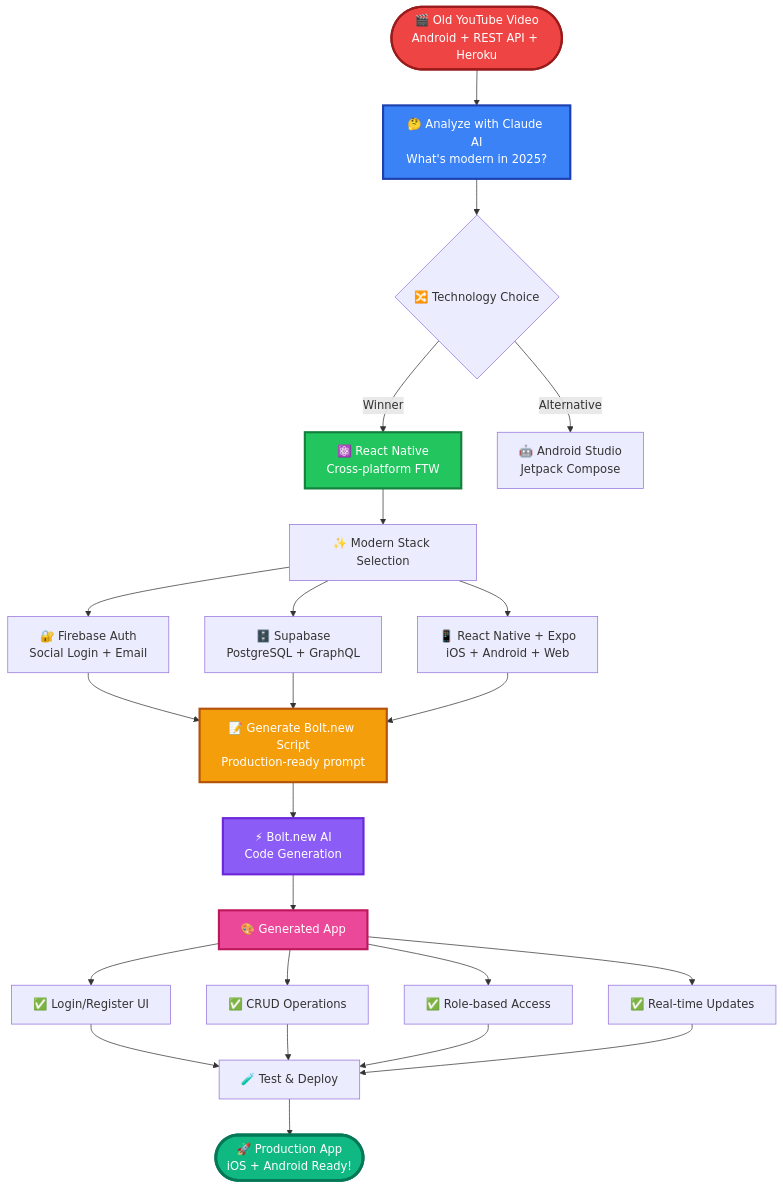
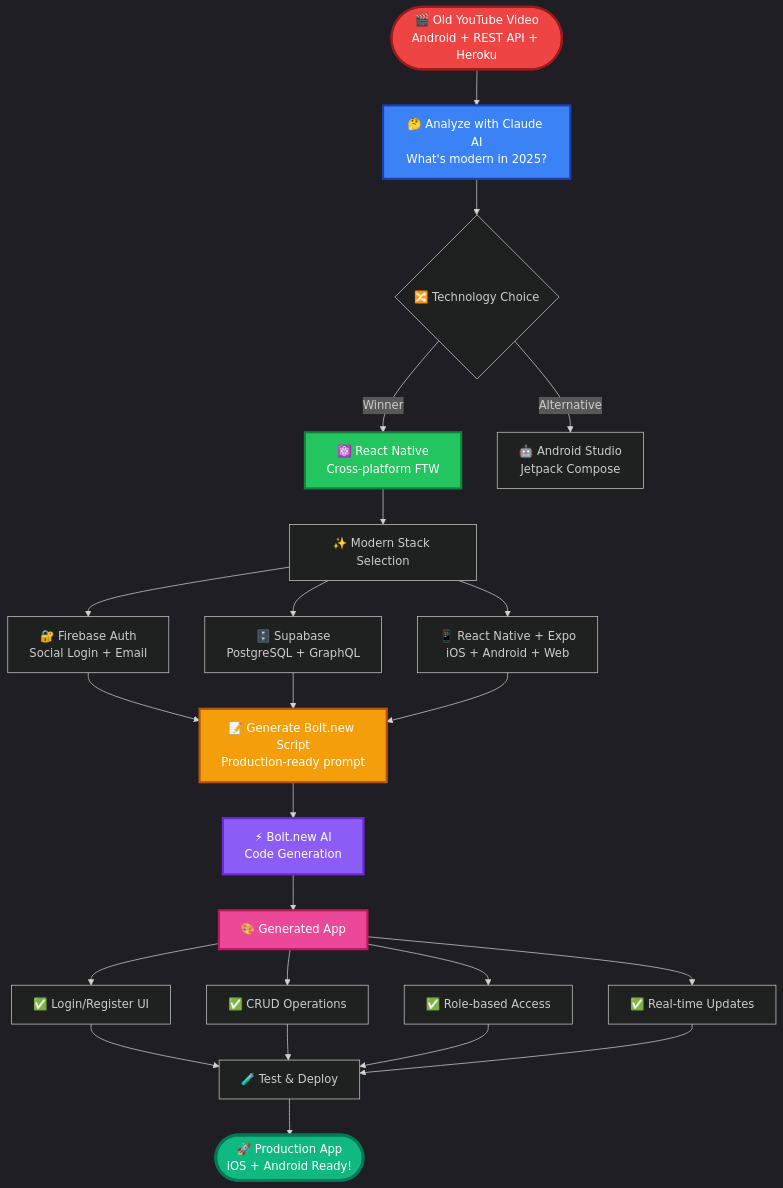
The diagram in README.md (lalumastan/evms_bolt), drawn with Mermaid before and after one commit.

````diff
--- a/README.md
+++ b/README.md
@@ -6,40 +6,41 @@
 ```mermaid
+          %%{init: {'theme':'dark'}}%%
           graph TB
           Start([🎬 Old YouTube Video<br />Android + REST API + Heroku])
 
           Start --> Analyze[🤔 Analyze with Claude AI<br />What's modern in 2025?]
 
           Analyze --> Decision{🔀 Technology Choice}
 
           Decision -->|Winner| RN[⚛️ React Native<br />Cross-platform FTW]
           Decision -->|Alternative| Android[🤖 Android Studio<br />Jetpack Compose]
 
           RN --> Modern[✨ Modern Stack Selection]
 
           Modern --> Stack1[🔐 Firebase Auth<br />Social Login + Email]
           Modern --> Stack2[🗄️ Supabase<br />PostgreSQL + GraphQL]
           Modern --> Stack3[📱 React Native + Expo<br />iOS + Android + Web]
 
           Stack1 & Stack2 & Stack3 --> Script[📝 Generate Bolt.new Script<br />Production-ready prompt]
 
           Script --> Bolt[⚡ Bolt.new AI<br />Code Generation]
 
           Bolt --> Magic[🎨 Generated App]
 
           Magic --> Features1[✅ Login/Register UI]
           Magic --> Features2[✅ CRUD Operations]
           Magic --> Features3[✅ Role-based Access]
           Magic --> Features4[✅ Real-time Updates]
 
           Features1 & Features2 & Features3 & Features4 --> Test[🧪 Test & Deploy]
 
           Test --> Result([🚀 Production App<br />iOS + Android Ready!])
 
           style Start fill:#ef4444,stroke:#991b1b,stroke-width:3px,color:#fff
           style Analyze fill:#3b82f6,stroke:#1e40af,stroke-width:3px,color:#fff
           style RN fill:#22c55e,stroke:#15803d,stroke-width:3px,color:#fff
           style Script fill:#f59e0b,stroke:#b45309,stroke-width:3px,color:#fff
           style Bolt fill:#8b5cf6,stroke:#6d28d9,stroke-width:3px,color:#fff
           style Magic fill:#ec4899,stroke:#be185d,stroke-width:3px,color:#fff
           style Result fill:#10b981,stroke:#047857,stroke-width:4px,color:#fff
 ```
````
